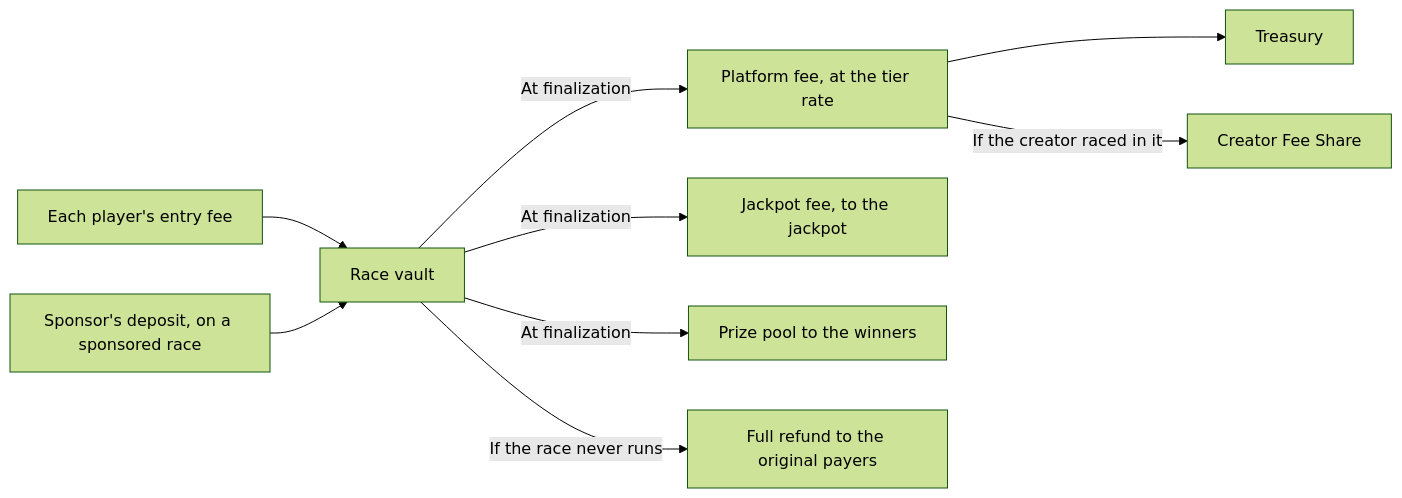
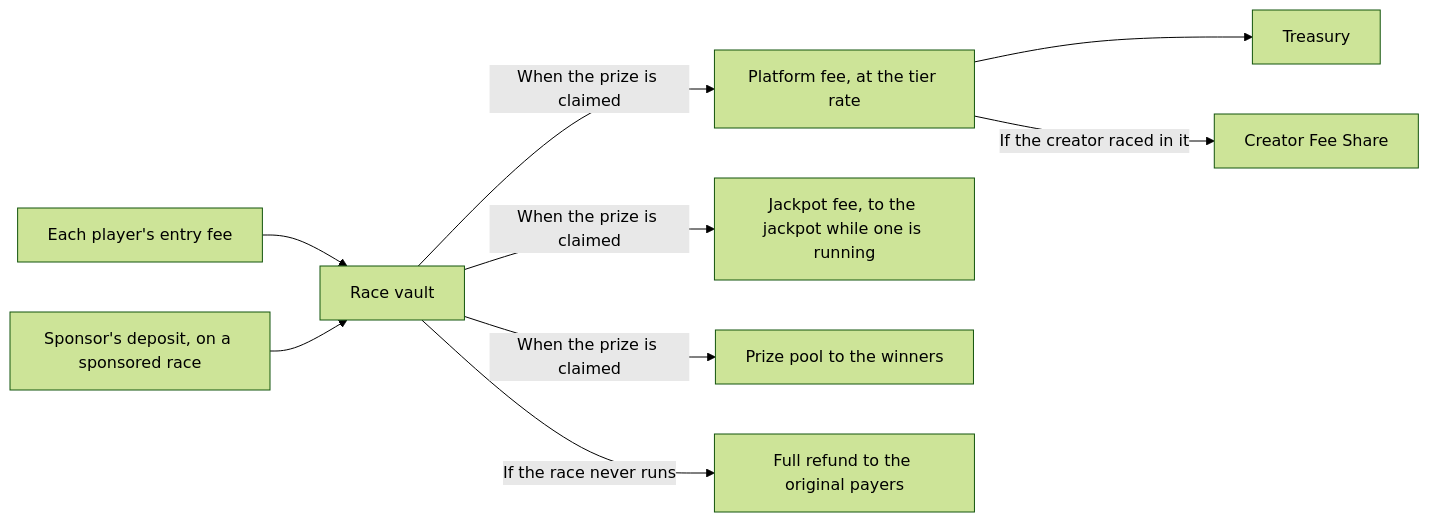
The diagram in docs/economy/fees-and-prizes.md (TheLuckyDucks/docs), drawn with Mermaid (forest theme) before and after one commit. The commit also changed other lines of this file and 13 other files, not shown here.

````diff
--- a/docs/economy/fees-and-prizes.md
+++ b/docs/economy/fees-and-prizes.md
@@ -10,11 +10,11 @@
 ```mermaid
 flowchart LR
     P["Each player's entry fee"] --> V["Race vault"]
     S["Sponsor's deposit, on a sponsored race"] --> V
-    V -->|"At finalization"| F["Platform fee, at the tier rate"]
-    V -->|"At finalization"| J["Jackpot fee, to the jackpot"]
-    V -->|"At finalization"| W["Prize pool to the winners"]
+    V -->|"When the prize is claimed"| F["Platform fee, at the tier rate"]
+    V -->|"When the prize is claimed"| J["Jackpot fee, to the jackpot while one is running"]
+    V -->|"When the prize is claimed"| W["Prize pool to the winners"]
     F --> T["Treasury"]
     F -->|"If the creator raced in it"| C["Creator Fee Share"]
     V -->|"If the race never runs"| R["Full refund to the original payers"]
 ```
````
